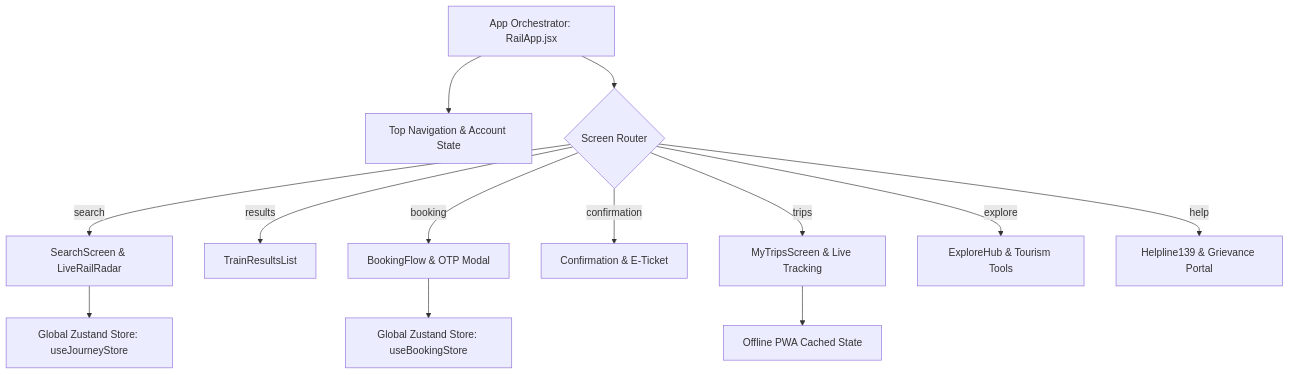
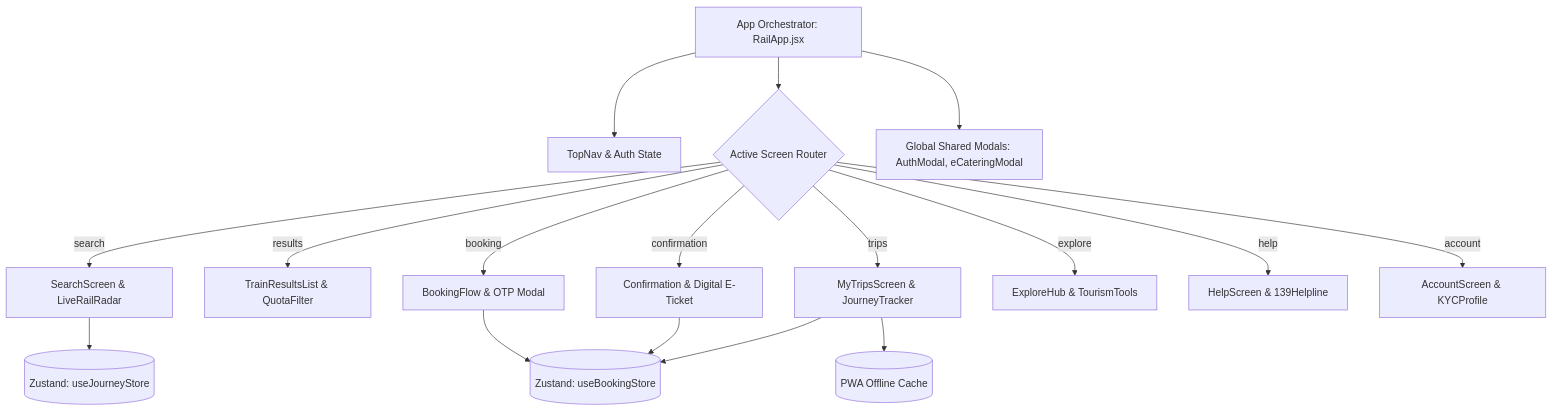
One commit to Mokshagnatej/RailYatra-Next-Gen-IRCTC-Indian-Railways-Redesign changed the diagram in README.md. Above: the diagram before and after it, drawn with Mermaid. The commit also changed other lines of this file, not shown here.

Commit message:
docs: overhaul README with updated project vision, navigation, and enhanced technical documentation layout.

````diff
--- a/README.md
+++ b/README.md
@@ -123,17 +199,22 @@
 ```mermaid
 graph TD
-    A[App Orchestrator: RailApp.jsx] --> B[Top Navigation & Account State]
-    A --> C{Screen Router}
+    Root[App Orchestrator: RailApp.jsx] --> TopNav[TopNav & Auth State]
+    Root --> Router{Active Screen Router}
     
-    C -->|search| D[SearchScreen & LiveRailRadar]
-    C -->|results| E[TrainResultsList]
-    C -->|booking| F[BookingFlow & OTP Modal]
-    C -->|confirmation| G[Confirmation & E-Ticket]
-    C -->|trips| H[MyTripsScreen & Live Tracking]
-    C -->|explore| I[ExploreHub & Tourism Tools]
-    C -->|help| J[Helpline139 & Grievance Portal]
+    Router -->|search| S1[SearchScreen & LiveRailRadar]
+    Router -->|results| S2[TrainResultsList & QuotaFilter]
+    Router -->|booking| S3[BookingFlow & OTP Modal]
+    Router -->|confirmation| S4[Confirmation & Digital E-Ticket]
+    Router -->|trips| S5[MyTripsScreen & JourneyTracker]
+    Router -->|explore| S6[ExploreHub & TourismTools]
+    Router -->|help| S7[HelpScreen & 139Helpline]
+    Router -->|account| S8[AccountScreen & KYCProfile]
     
-    D --> K[Global Zustand Store: useJourneyStore]
-    F --> L[Global Zustand Store: useBookingStore]
-    H --> M[Offline PWA Cached State]
+    S1 --> Z1[(Zustand: useJourneyStore)]
+    S3 --> Z2[(Zustand: useBookingStore)]
+    S4 --> Z2
+    S5 --> Z2
+    
+    S5 --> PWA[(PWA Offline Cache)]
+    Root --> Modals[Global Shared Modals: AuthModal, eCateringModal]
 ```
````
